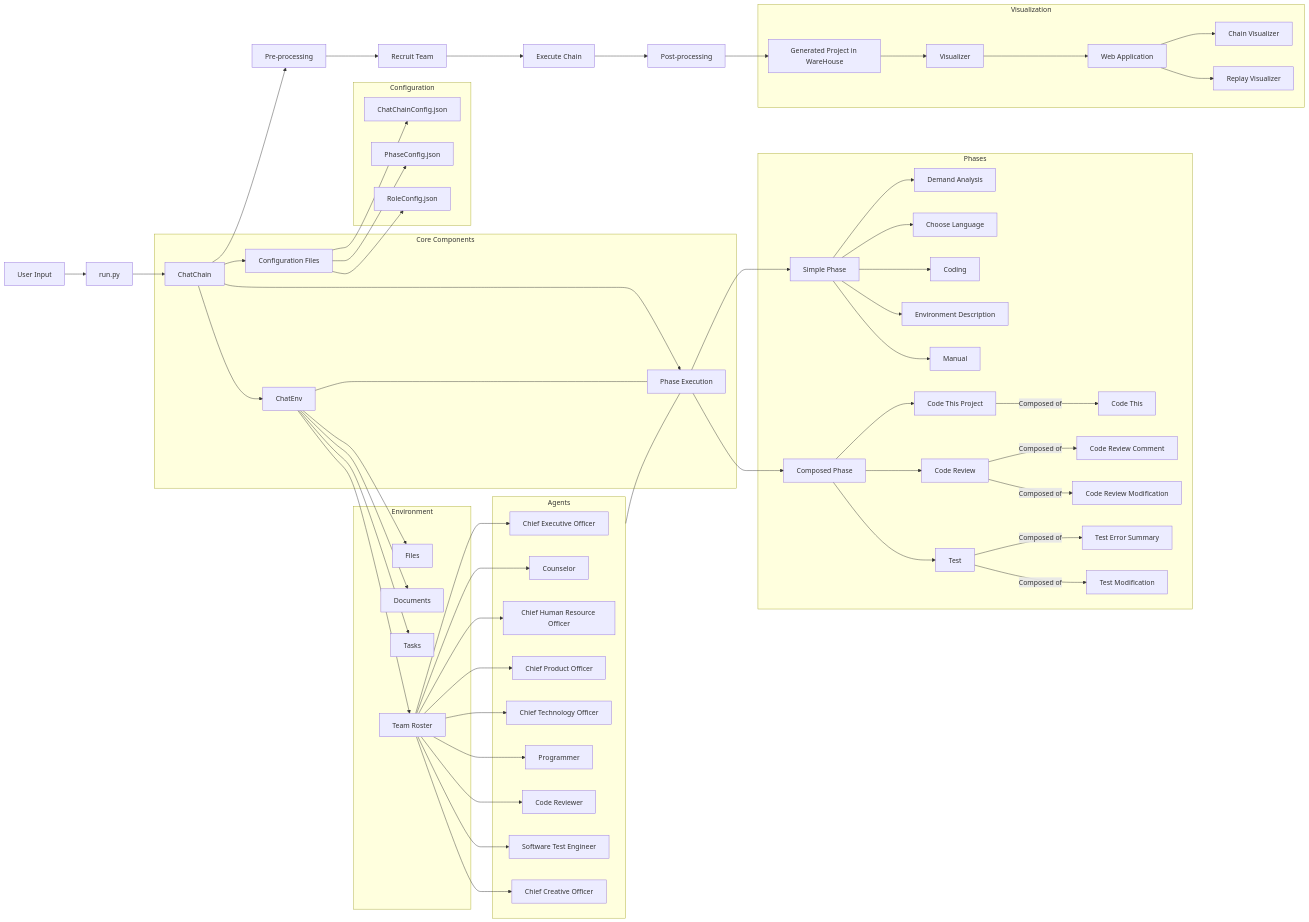
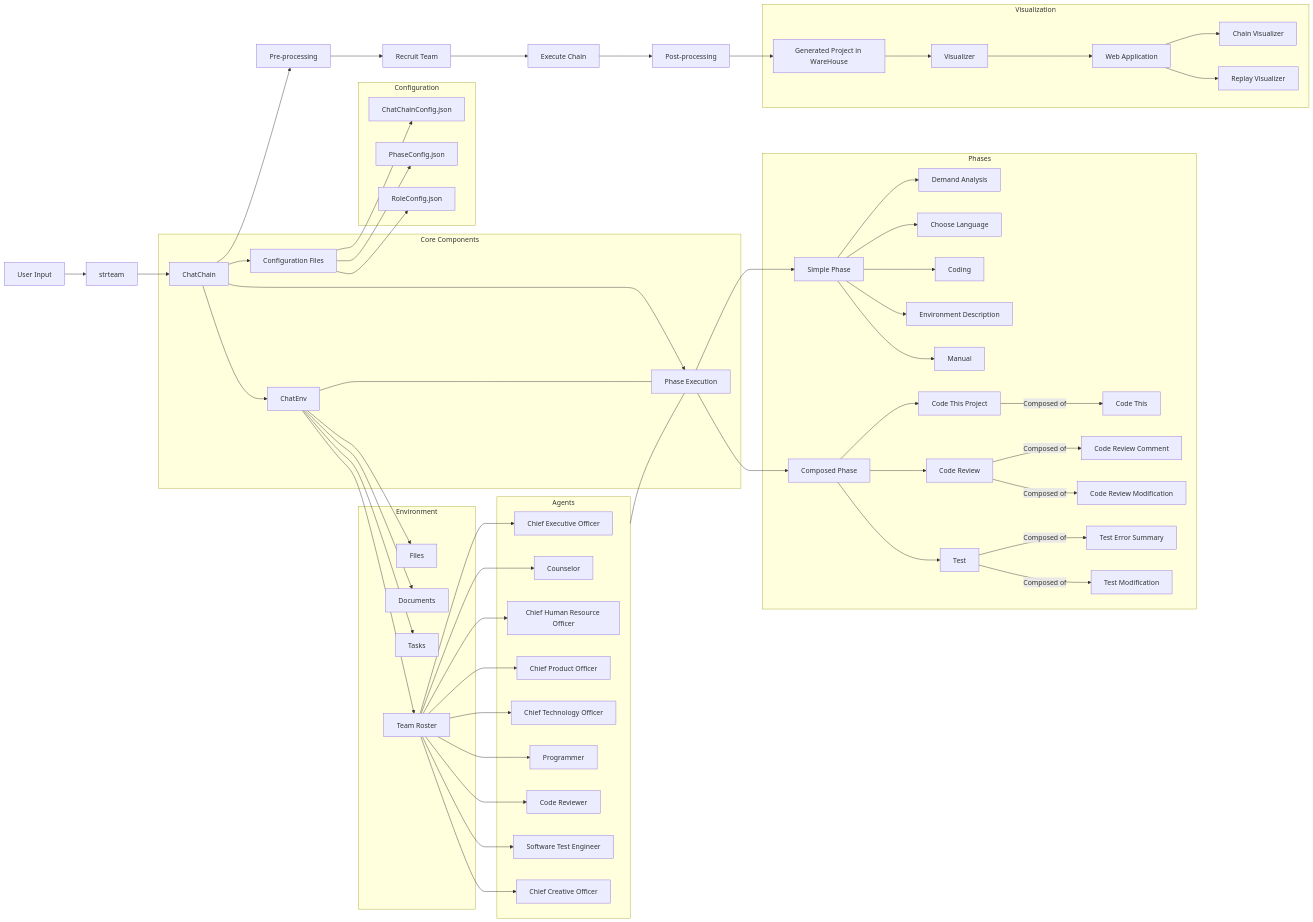
Before and after one commit to opencoca/WEB-AI-Startr.Team: the diagram in README.md, drawn with Mermaid. The commit also changed other lines of this file and 24 other files, not shown here.

````diff
--- a/README.md
+++ b/README.md
@@ -242,82 +243,82 @@
 ```mermaid
 graph LR
     %% Main Application Flow
-    User[User Input] --> RunPy[run.py]
+    User[User Input] --> RunPy[strteam]
     RunPy --> ChatChain[ChatChain]
     ChatChain --> PreProcess[Pre-processing]
     PreProcess --> Recruitment[Recruit Team]
     Recruitment --> ExecuteChain[Execute Chain]
     ExecuteChain --> PostProcess[Post-processing]
     PostProcess --> Output[Generated Project in WareHouse]
     
     %% Main Components
     subgraph Core Components
         ChatChain --> ChatEnv[ChatEnv]
         ChatChain --> Config[Configuration Files]
         ChatChain --> PhaseExecution[Phase Execution]
     end
     
     %% Configuration Files
     subgraph Configuration
         Config --> ChainConfig[ChatChainConfig.json]
         Config --> PhaseConfig[PhaseConfig.json]
         Config --> RoleConfig[RoleConfig.json]
     end
     
     %% ChatEnv
     subgraph Environment
         ChatEnv --> Files[Files]
         ChatEnv --> Docs[Documents]
         ChatEnv --> Tasks[Tasks]
         ChatEnv --> Roster[Team Roster]
     end
     
     %% Phase Structure
     subgraph Phases
         PhaseExecution --> SimplePhase[Simple Phase]
         PhaseExecution --> ComposedPhase[Composed Phase]
         
         SimplePhase --> DemandAnalysis[Demand Analysis]
         SimplePhase --> ChooseLanguage[Choose Language]
         SimplePhase --> Coding[Coding]
         SimplePhase --> EnvironmentDesc[Environment Description]
         SimplePhase --> Manual[Manual]
         
         ComposedPhase --> CodeThisProject[Code This Project]
         ComposedPhase --> CodeReview[Code Review]
         ComposedPhase --> Test[Test]
         
         CodeThisProject --> |Composed of| CodeThis[Code This]
         
         CodeReview --> |Composed of| CodeReviewComment[Code Review Comment]
         CodeReview --> |Composed of| CodeReviewModification[Code Review Modification]
         
         Test --> |Composed of| TestErrorSummary[Test Error Summary]
         Test --> |Composed of| TestModification[Test Modification]
     end
     
     %% Agent Roles
     subgraph Agents
         Roster --> CEO[Chief Executive Officer]
         Roster --> Counselor[Counselor]
         Roster --> CHRO[Chief Human Resource Officer]
         Roster --> CPO[Chief Product Officer]
         Roster --> CTO[Chief Technology Officer]
         Roster --> Programmer[Programmer]
         Roster --> CodeReviewer[Code Reviewer]
         Roster --> Tester[Software Test Engineer]
         Roster --> CCO[Chief Creative Officer]
     end
     
     %% Visualization
     subgraph Visualization
         Output --> Visualizer[Visualizer]
         Visualizer --> WebApp[Web Application]
         WebApp --> ChainViz[Chain Visualizer]
         WebApp --> ReplayViz[Replay Visualizer]
     end
     
     %% Data Flow
     ChatEnv --- PhaseExecution
     Agents --- PhaseExecution
 ```
````
